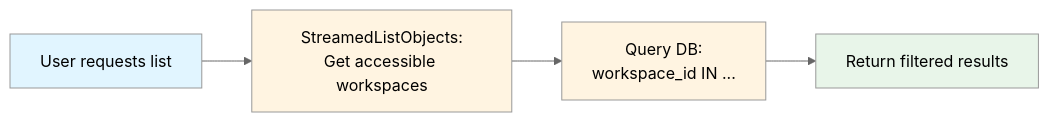
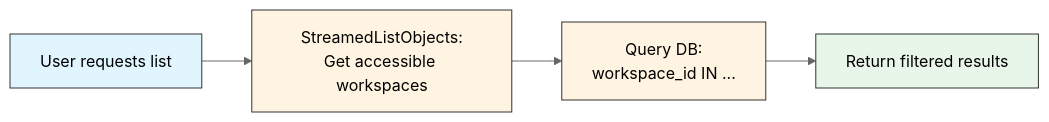
Before and after one commit to project-kessel/docs: the first of 2 diagrams in src/content/docs/building-with-kessel/how-to/protect-list.mdx, drawn with Mermaid (neutral theme). The commit also changed other lines of this file and 1 other file, not shown here.

Commit message:
Address PR review feedback
- Fix O(n²) performance bug in post-filter-bulk.py by using enumerate()
  instead of index() lookup inside loop
- Improve Mermaid diagram readability in dark mode by adding explicit
  black text color (color:#000) to all diagram nodes

````diff
--- a/src/content/docs/building-with-kessel/how-to/protect-list.mdx
+++ b/src/content/docs/building-with-kessel/how-to/protect-list.mdx
@@ -39,11 +39,11 @@
 ```mermaid
 flowchart LR
     A[User requests list] --> B[StreamedListObjects:<br/>Get accessible workspaces]
     B --> C[Query DB:<br/>workspace_id IN ...]
     C --> D[Return filtered results]
 
-    style A fill:#e1f5ff
-    style B fill:#fff4e1
-    style C fill:#fff4e1
-    style D fill:#e8f5e9
+    style A fill:#e1f5ff,stroke:#333,color:#000
+    style B fill:#fff4e1,stroke:#333,color:#000
+    style C fill:#fff4e1,stroke:#333,color:#000
+    style D fill:#e8f5e9,stroke:#333,color:#000
 ```
````
